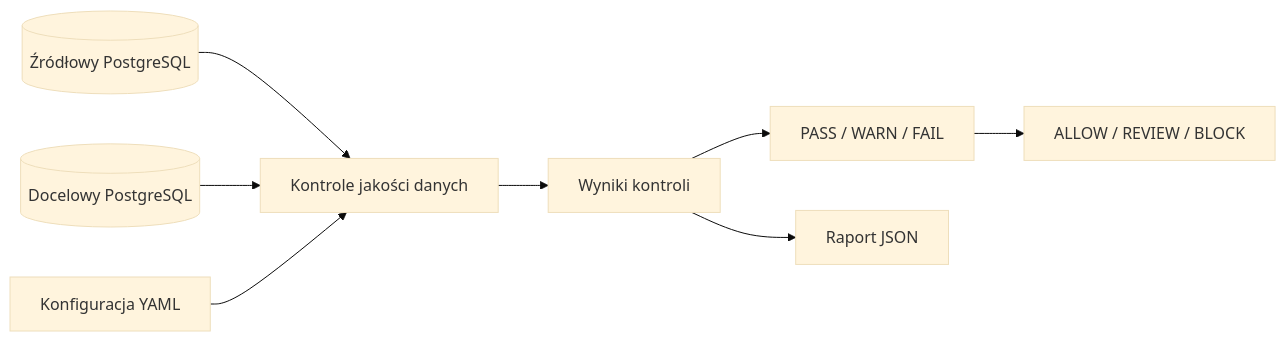
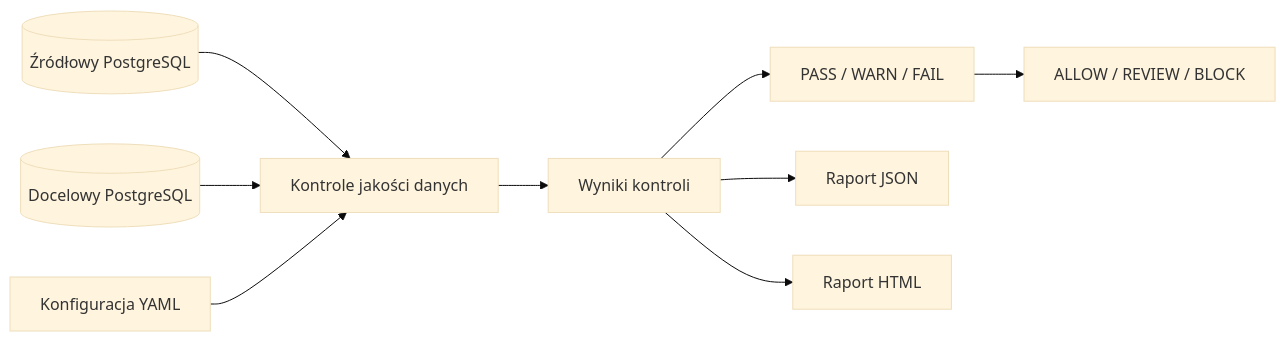
The diagram in README.md (lukaszj321/data-migration-quality-gate), drawn with Mermaid (base theme) before and after one commit. The commit also changed other lines of this file and 9 other files, not shown here.

````diff
--- a/README.md
+++ b/README.md
@@ -77,10 +78,11 @@
 ```mermaid
 flowchart LR
     A[(Źródłowy PostgreSQL)] --> C[Kontrole jakości danych]
     B[(Docelowy PostgreSQL)] --> C
     D[Konfiguracja YAML] --> C
     C --> E[Wyniki kontroli]
     E --> F[PASS / WARN / FAIL]
     E --> G[Raport JSON]
+    E --> I[Raport HTML]
     F --> H[ALLOW / REVIEW / BLOCK]
 ```
````
